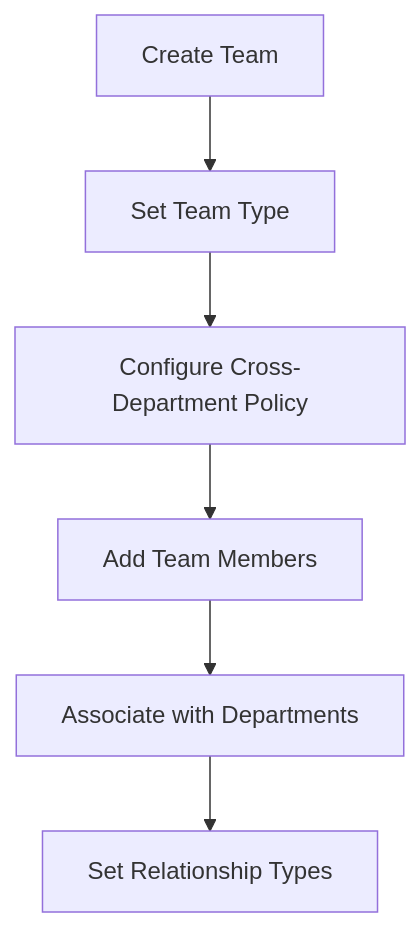
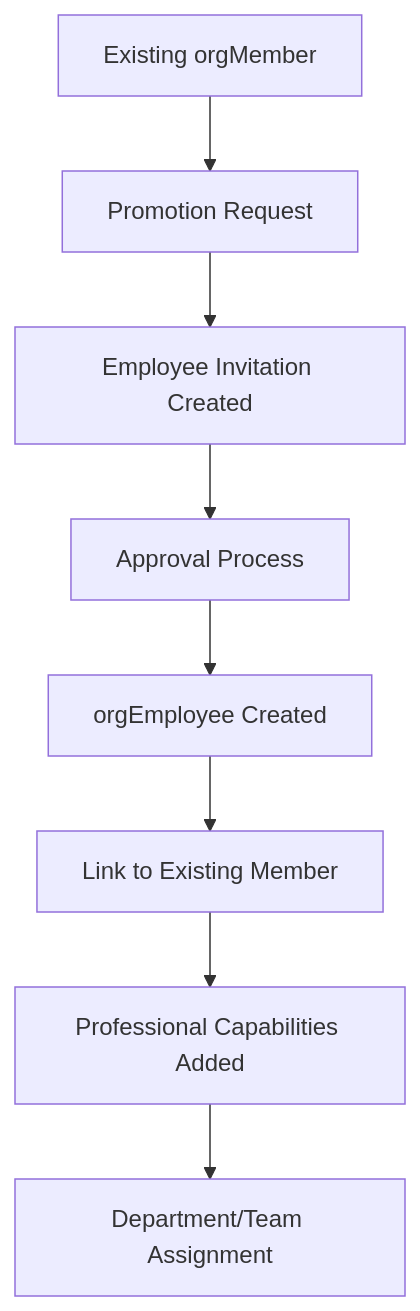
The fourth of 4 diagrams in apps/volmify/src/server/libs/db/schema/org/member/README.md (DreamEcho100/maze), drawn with Mermaid before and after one commit. The commit also changed other lines of this file and 50 other files, not shown here.

First line of the commit message:
Refactor user profile schema and relations

````diff
--- a/apps/volmify/src/server/libs/db/schema/org/member/README.md
+++ b/apps/volmify/src/server/libs/db/schema/org/member/README.md
@@ -266,8 +347,10 @@
 ```mermaid
 graph TD
-    A[Create Team] --> B[Set Team Type]
-    B --> C[Configure Cross-Department Policy]
-    C --> D[Add Team Members]
-    D --> E[Associate with Departments]
-    E --> F[Set Relationship Types]
+    A[Existing orgMember] --> B[Promotion Request]
+    B --> C[Employee Invitation Created]
+    C --> D[Approval Process]
+    D --> E[orgEmployee Created]
+    E --> F[Link to Existing Member]
+    F --> G[Professional Capabilities Added]
+    G --> H[Department/Team Assignment]
 ```
````
